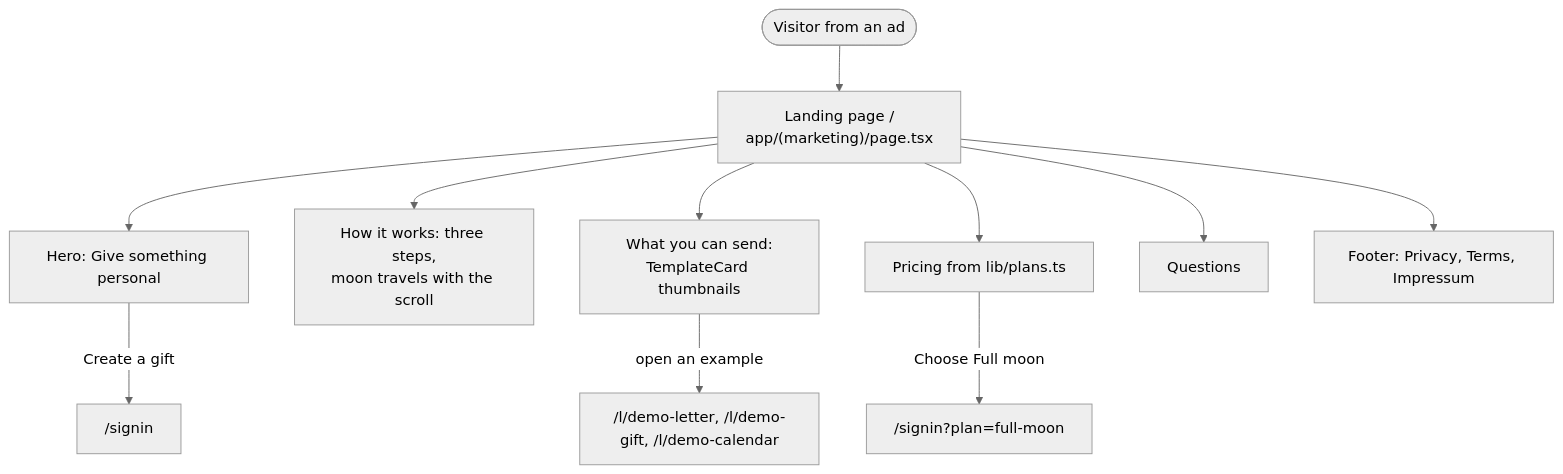
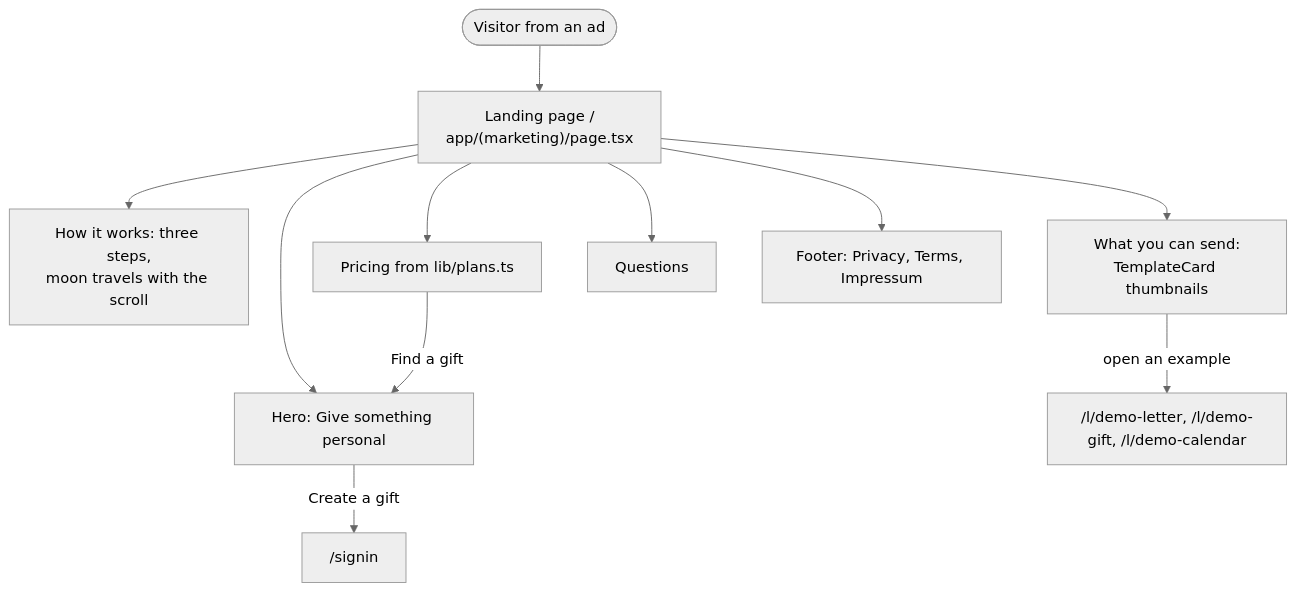
One commit to peresramirez/majnu changed the first of 2 diagrams in docs/features/landing-and-brand.md. Above: the diagram before and after it, drawn with Mermaid (neutral theme). The commit also changed other lines of this file and 11 other files, not shown here.

````diff
--- a/docs/features/landing-and-brand.md
+++ b/docs/features/landing-and-brand.md
@@ -9,13 +9,13 @@
 ```mermaid
 flowchart TD
   ad(["Visitor from an ad"]) --> landing["Landing page /<br/>app/(marketing)/page.tsx"]
   landing --> hero["Hero: Give something personal"]
   landing --> how["How it works: three steps,<br/>moon travels with the scroll"]
   landing --> send["What you can send:<br/>TemplateCard thumbnails"]
   landing --> pricing["Pricing from lib/plans.ts"]
   landing --> faq["Questions"]
   send -->|"open an example"| demo["/l/demo-letter, /l/demo-gift, /l/demo-calendar"]
   hero -->|"Create a gift"| signin["/signin"]
-  pricing -->|"Choose Full moon"| signinPlan["/signin?plan=full-moon"]
+  pricing -->|"Find a gift"| hero
   landing --> footer["Footer: Privacy, Terms, Impressum"]
 ```
````
